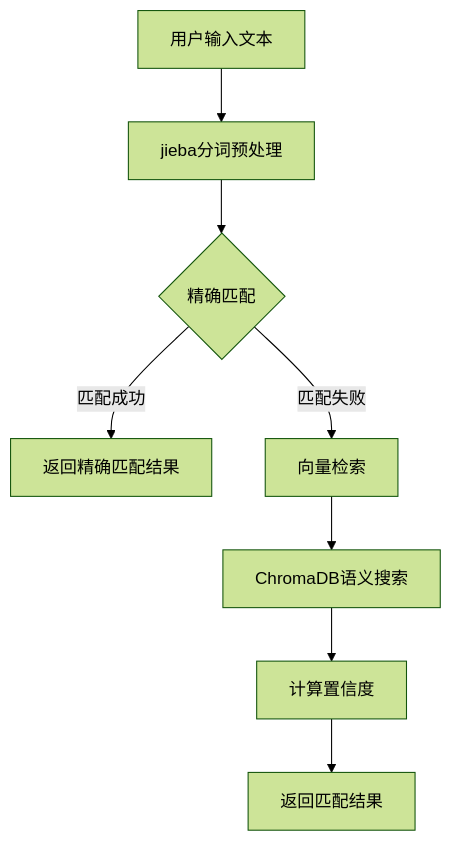
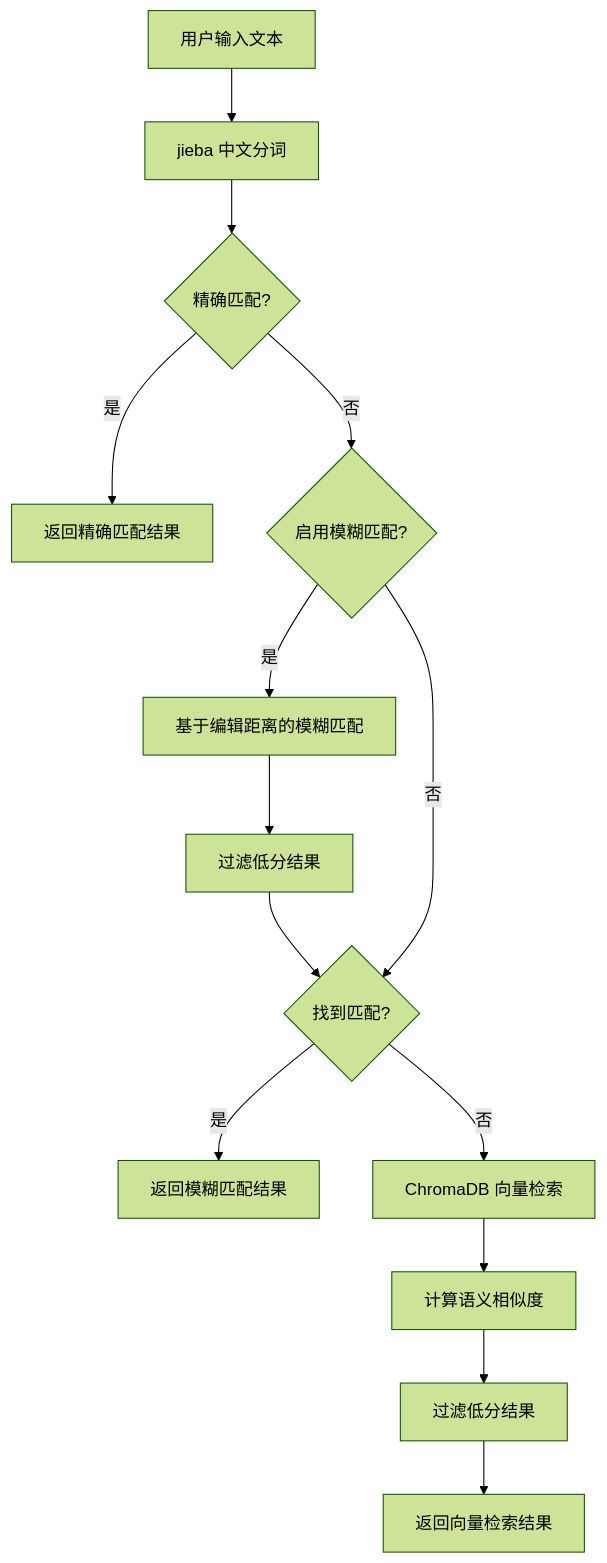
The diagram in find-newsee-store/README.md (DellDi/dify-plugins), drawn with Mermaid (forest theme) before and after one commit. The commit also changed other lines of this file and 2 other files, not shown here.

````diff
--- a/find-newsee-store/README.md
+++ b/find-newsee-store/README.md
@@ -19,10 +20,16 @@
 ```mermaid
 graph TD
-    A[用户输入文本] --> B[jieba分词预处理]
-    B --> C{精确匹配}
-    C -->|匹配成功| D[返回精确匹配结果]
-    C -->|匹配失败| E[向量检索]
-    E --> F[ChromaDB语义搜索]
-    F --> G[计算置信度]
-    G --> H[返回匹配结果]
+    A[用户输入文本] --> B[jieba 中文分词]
+    B --> C{精确匹配?}
+    C -->|是| D[返回精确匹配结果]
+    C -->|否| E{启用模糊匹配?}
+    E -->|是| F[基于编辑距离的模糊匹配]
+    F --> G[过滤低分结果]
+    G --> H{找到匹配?}
+    E -->|否| H
+    H -->|是| I[返回模糊匹配结果]
+    H -->|否| J[ChromaDB 向量检索]
+    J --> K[计算语义相似度]
+    K --> L[过滤低分结果]
+    L --> M[返回向量检索结果]
 ```
````
